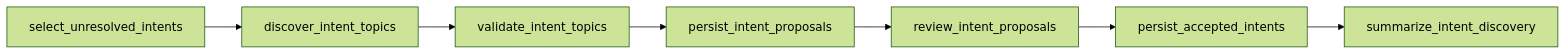
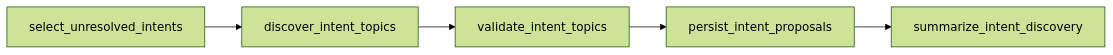
Before and after one commit to doc1000/fresh-skills: the eighth of 10 diagrams in README.md, drawn with Mermaid (forest theme). The commit also changed other lines of this file and 76 other files, not shown here.

````diff
--- a/README.md
+++ b/README.md
@@ -246,9 +255,7 @@
 ```mermaid
 flowchart LR
     A[select_unresolved_intents] --> B[discover_intent_topics]
     B --> C[validate_intent_topics]
     C --> D[persist_intent_proposals]
-    D --> E[review_intent_proposals]
-    E --> F[persist_accepted_intents]
-    F --> G[summarize_intent_discovery]
+    D --> E[summarize_intent_discovery]
 ```
````
